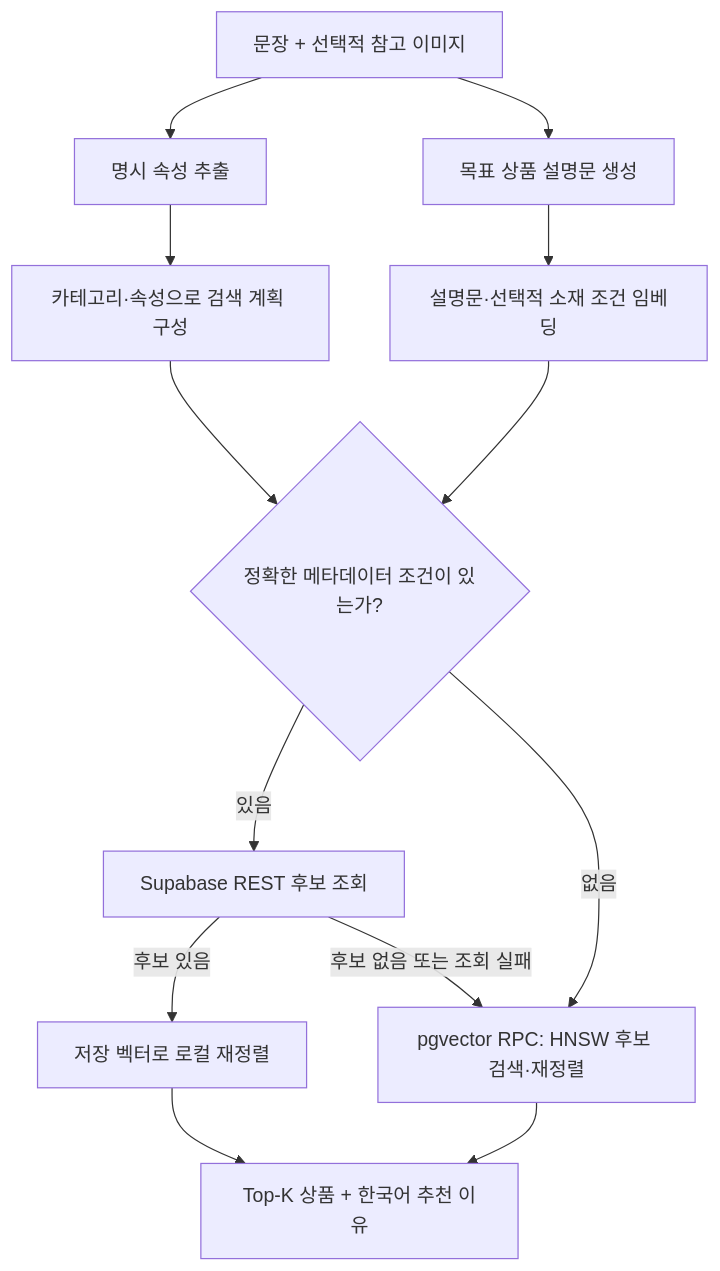
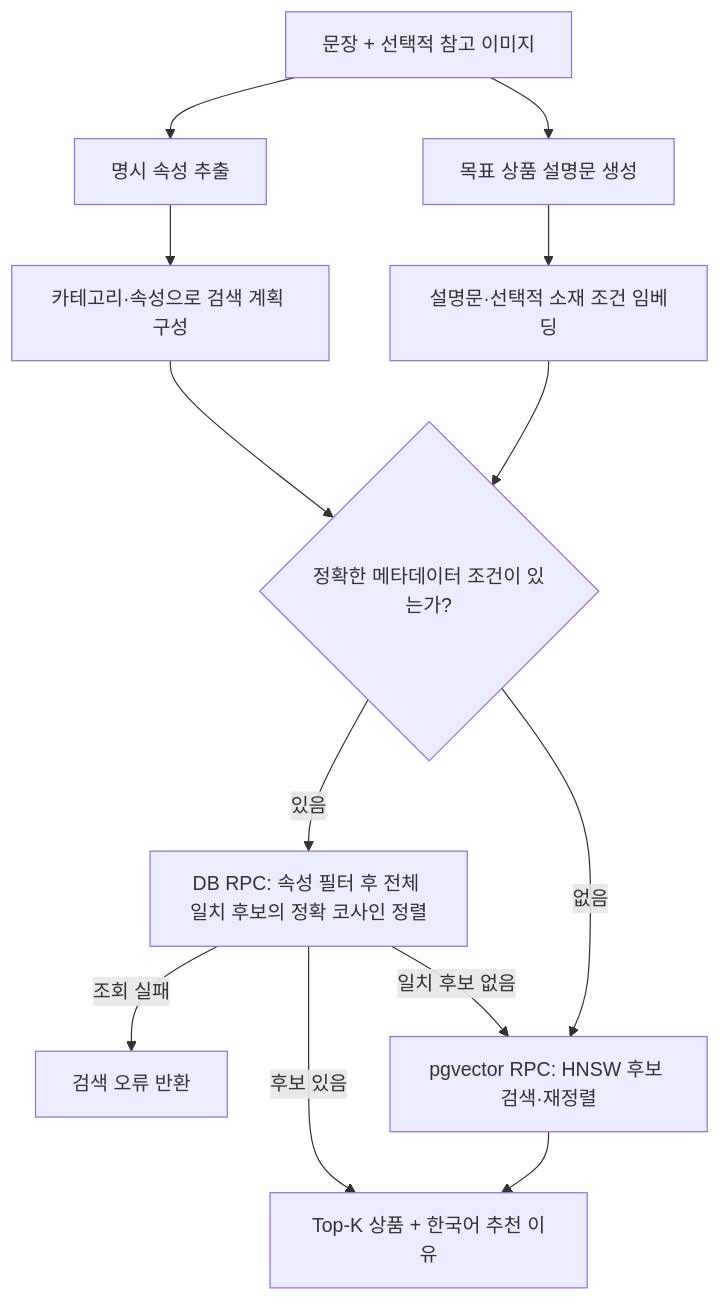
The diagram in README.md (1junee/f1t), drawn with Mermaid before and after one commit. The commit also changed other lines of this file and 15 other files, not shown here.

````diff
--- a/README.md
+++ b/README.md
@@ -56,22 +56,23 @@
 ```mermaid
 flowchart TD
     Input["문장 + 선택적 참고 이미지"]
     Attributes["명시 속성 추출"]
     Description["목표 상품 설명문 생성"]
     Filter["카테고리·속성으로 검색 계획 구성"]
     Embedding["설명문·선택적 소재 조건 임베딩"]
     Branch{"정확한 메타데이터 조건이 있는가?"}
-    REST["Supabase REST 후보 조회"]
-    Local["저장 벡터로 로컬 재정렬"]
+    Exact["DB RPC: 속성 필터 후 전체 일치 후보의 정확 코사인 정렬"]
+    Error["검색 오류 반환"]
     RPC["pgvector RPC: HNSW 후보 검색·재정렬"]
     Result["Top-K 상품 + 한국어 추천 이유"]
 
     Input --> Attributes --> Filter
     Input --> Description --> Embedding
     Filter --> Branch
     Embedding --> Branch
-    Branch -- 있음 --> REST
-    REST -- 후보 있음 --> Local --> Result
-    REST -- 후보 없음 또는 조회 실패 --> RPC
+    Branch -- 있음 --> Exact
+    Exact -- 후보 있음 --> Result
+    Exact -- 일치 후보 없음 --> RPC
+    Exact -- 조회 실패 --> Error
     Branch -- 없음 --> RPC --> Result
 ```
````
